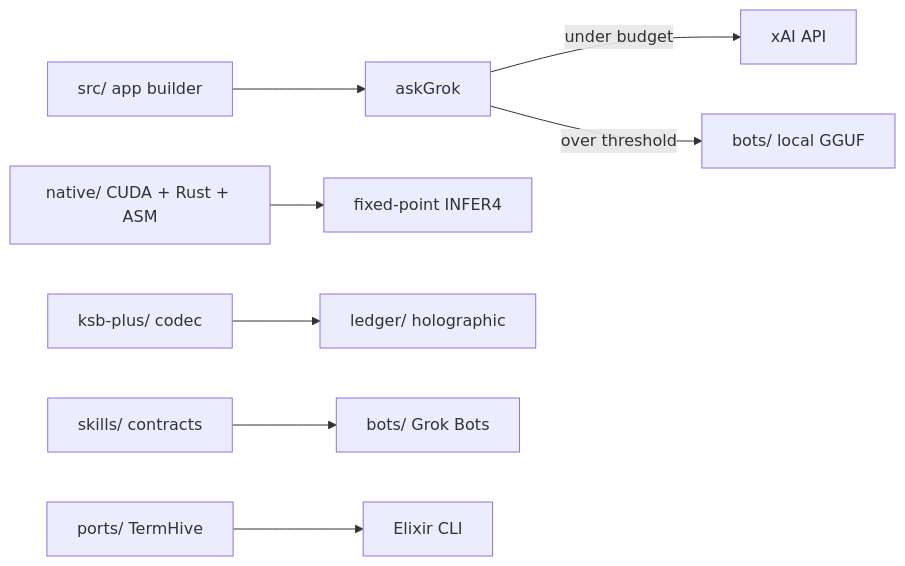
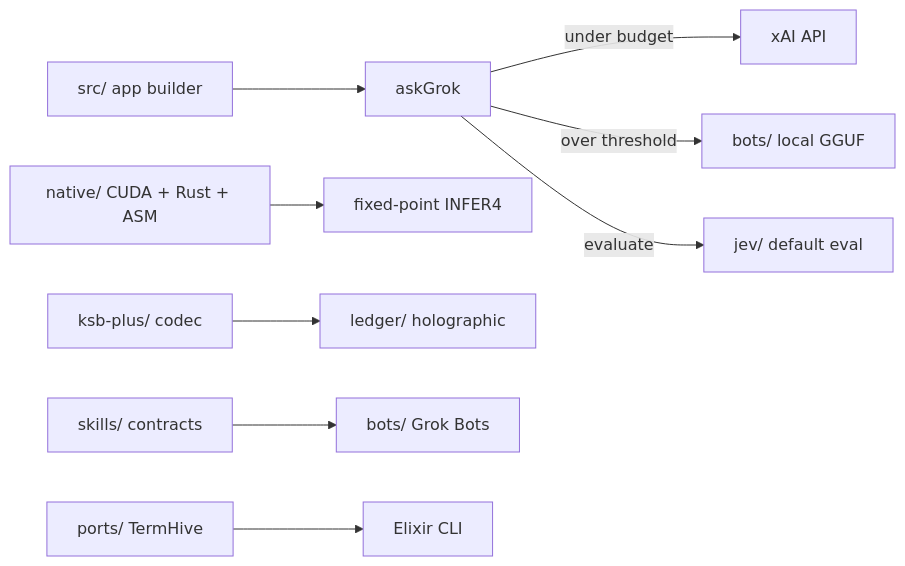
Before and after one commit to AHMADALIPARR/OpenGrok: the diagram in README.md, drawn with Mermaid. The commit also changed other lines of this file, not shown here.

Commit message:
Add Jev as the default evaluation model to the main README

````diff
--- a/README.md
+++ b/README.md
@@ -21,10 +21,11 @@
 ```mermaid
 flowchart LR
   UI[src/ app builder] --> Ask[askGrok]
   Ask -->|under budget| Cloud[xAI API]
   Ask -->|over threshold| Local[bots/ local GGUF]
+  Ask -->|evaluate| Jev[jev/ default eval]
   Native[native/ CUDA + Rust + ASM] --> FP[fixed-point INFER4]
   KSB[ksb-plus/ codec] --> Ledger[ledger/ holographic]
   Skills[skills/ contracts] --> Bots[bots/ Grok Bots]
   Ports[ports/ TermHive] --> CLI[Elixir CLI]
 ```
````
